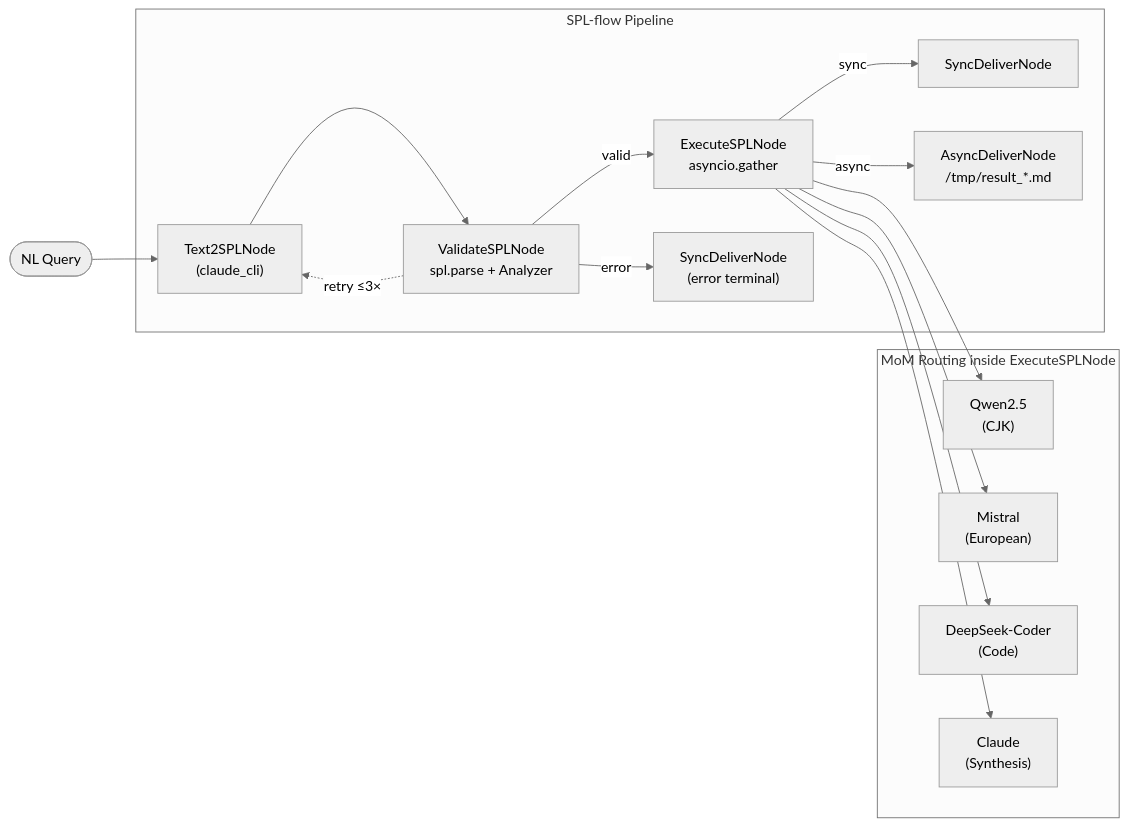
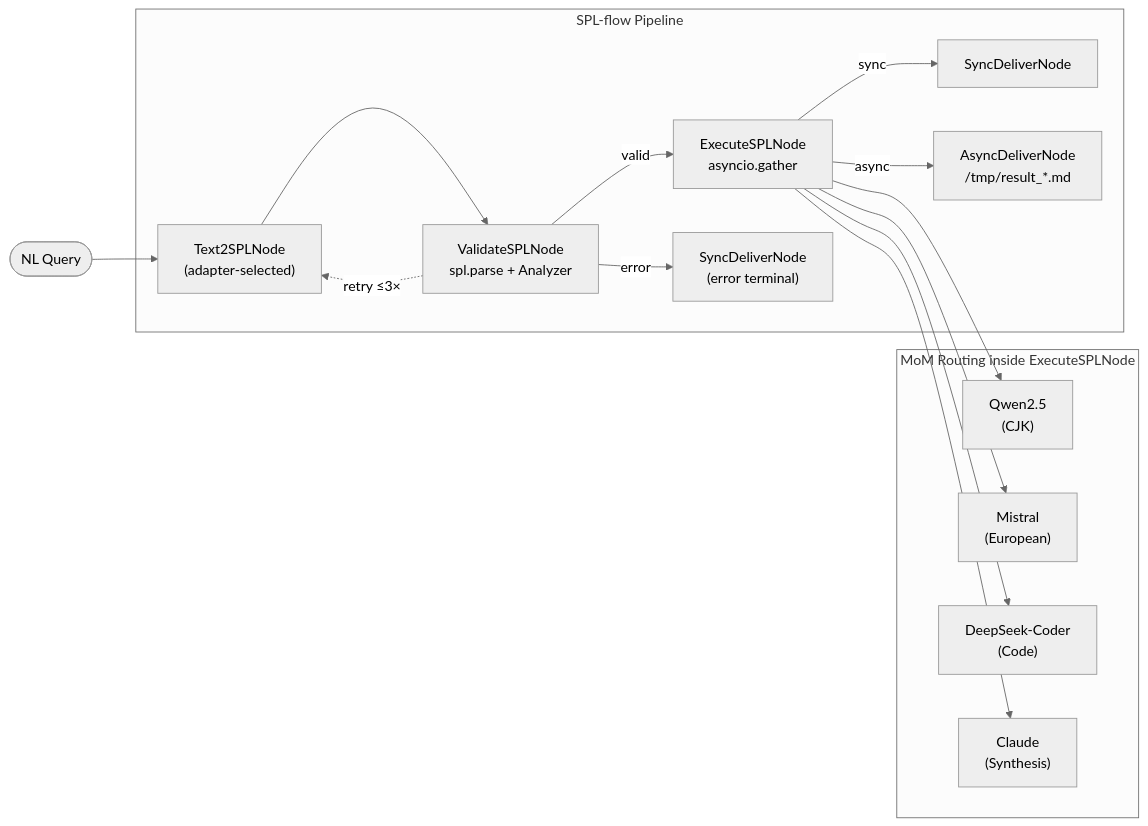
One commit to digital-duck/SPL-flow changed the diagram in experiments/README-experiments.md. Above: the diagram before and after it, drawn with Mermaid (neutral theme). The commit also changed other lines of this file and 3 other files, not shown here.

````diff
--- a/experiments/README-experiments.md
+++ b/experiments/README-experiments.md
@@ -7,27 +7,27 @@
 ```mermaid
 flowchart LR
     NL([NL Query]) --> T2S
 
     subgraph SPL-flow Pipeline
-        T2S["Text2SPLNode\n(claude_cli)"]
+        T2S["Text2SPLNode\n(adapter-selected)"]
         VAL["ValidateSPLNode\nspl.parse + Analyzer"]
         EXE["ExecuteSPLNode\nasyncio.gather"]
         SD["SyncDeliverNode"]
         AD["AsyncDeliverNode\n/tmp/result_*.md"]
         ERR["SyncDeliverNode\n(error terminal)"]
 
         T2S --> VAL
         VAL -->|valid| EXE
         VAL -.->|"retry ≤3×"| T2S
         VAL -->|error| ERR
         EXE -->|sync| SD
         EXE -->|async| AD
     end
 
     subgraph MoM Routing inside ExecuteSPLNode
         EXE --> Q["Qwen2.5\n(CJK)"]
         EXE --> M["Mistral\n(European)"]
         EXE --> DC["DeepSeek-Coder\n(Code)"]
         EXE --> CL["Claude\n(Synthesis)"]
     end
 ```
````
